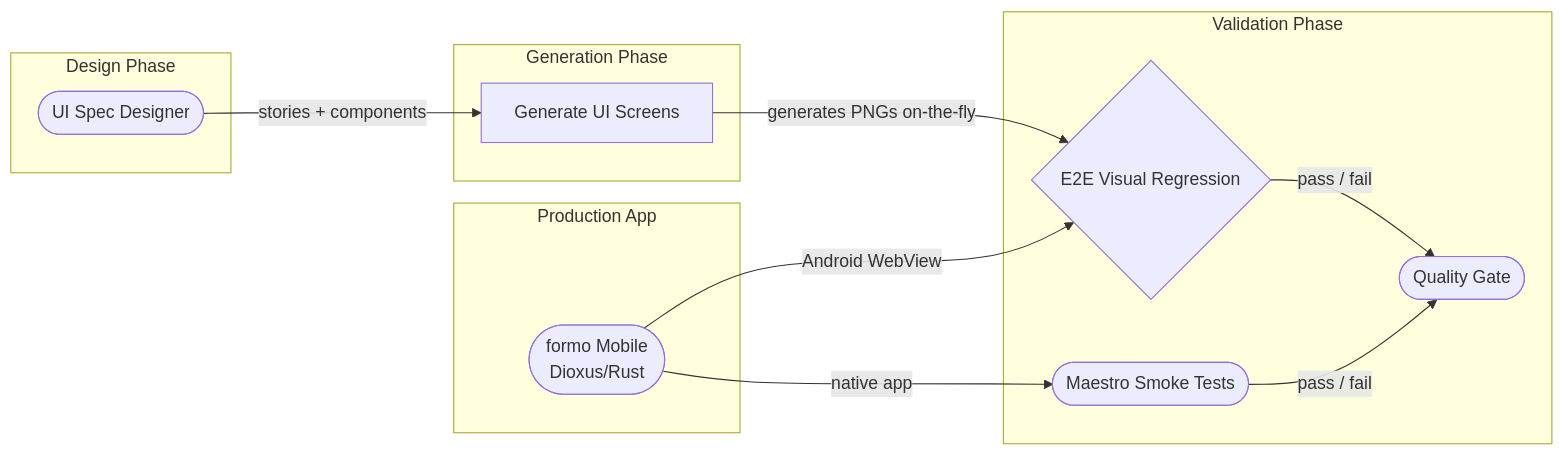
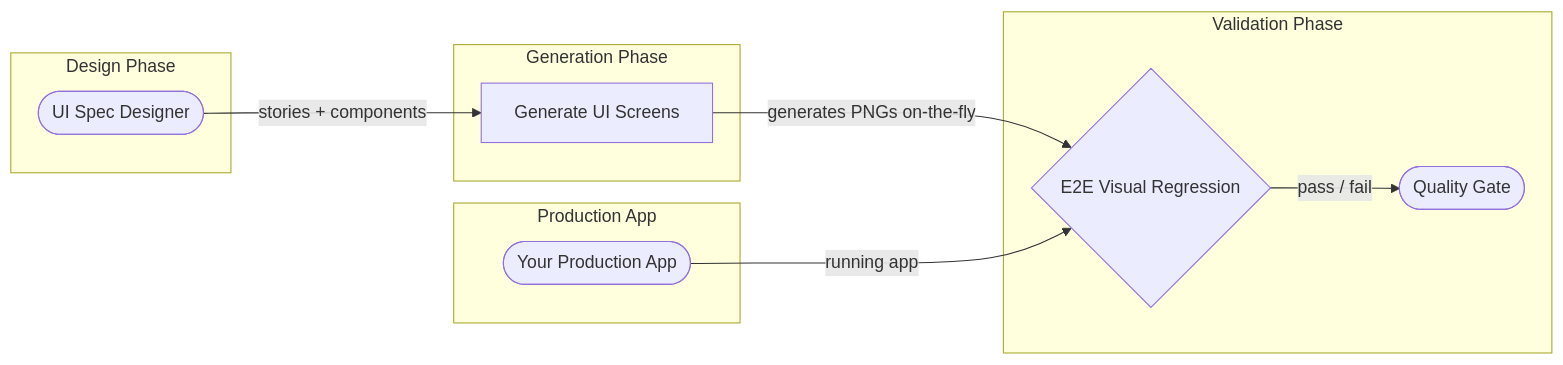
One commit to virgenherrera/Cross-UI-Template changed the first of 5 diagrams in docs/architecture.md. Above: the diagram before and after it, drawn with Mermaid. The commit also changed other lines of this file and 43 other files, not shown here.

````diff
--- a/docs/architecture.md
+++ b/docs/architecture.md
@@ -44,34 +43,30 @@
 ```mermaid
 %% Data pipeline: visual specification flows left-to-right through the quality stages
 flowchart LR
     VS([UI Spec Designer])
     AG[Generate UI Screens]
-    Mobile([formo Mobile\nDioxus/Rust])
+    App([Your Production App])
     E2E{E2E Visual Regression}
-    Smoke([Maestro Smoke Tests])
 
     VS -->|"stories + components"| AG
     AG -->|"generates PNGs on-the-fly"| E2E
-    Mobile -->|"Android WebView"| E2E
-    Mobile -->|"native app"| Smoke
+    App -->|"running app"| E2E
     E2E -->|"pass / fail"| Result([Quality Gate])
-    Smoke -->|"pass / fail"| Result
 
     subgraph Design Phase
         VS
     end
 
     subgraph Generation Phase
         AG
     end
 
     subgraph Production App
-        Mobile
+        App
     end
 
     subgraph Validation Phase
         E2E
-        Smoke
         Result
     end
 ```
````
